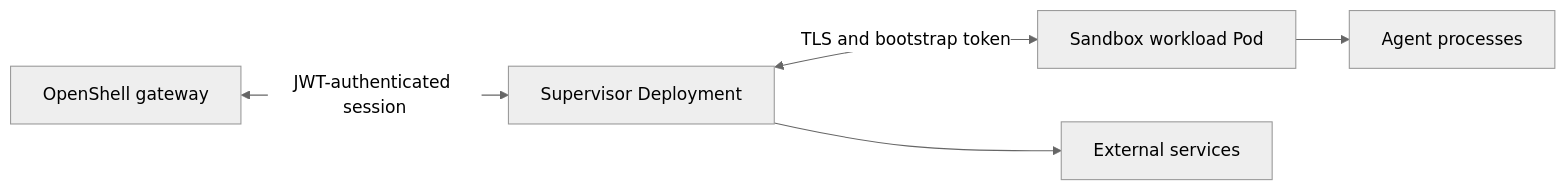
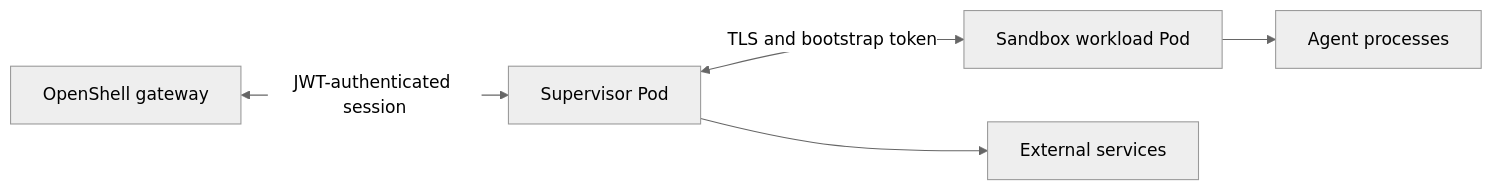
One commit to NVIDIA/OpenShell changed the diagram in docs/kubernetes/sandbox-runtime.mdx. Above: the diagram before and after it, drawn with Mermaid (neutral theme). The commit also changed other lines of this file and 15 other files, not shown here.

````diff
--- a/docs/kubernetes/sandbox-runtime.mdx
+++ b/docs/kubernetes/sandbox-runtime.mdx
@@ -19,13 +19,13 @@
 ```mermaid
 flowchart LR
   Gateway[OpenShell gateway]
-  Supervisor[Supervisor Deployment]
+  Supervisor[Supervisor Pod]
   Sandbox[Sandbox workload Pod]
   Agent[Agent processes]
   External[External services]
 
   Gateway <-->|JWT-authenticated session| Supervisor
   Supervisor <-->|TLS and bootstrap token| Sandbox
   Sandbox --> Agent
   Supervisor --> External
 ```
````
